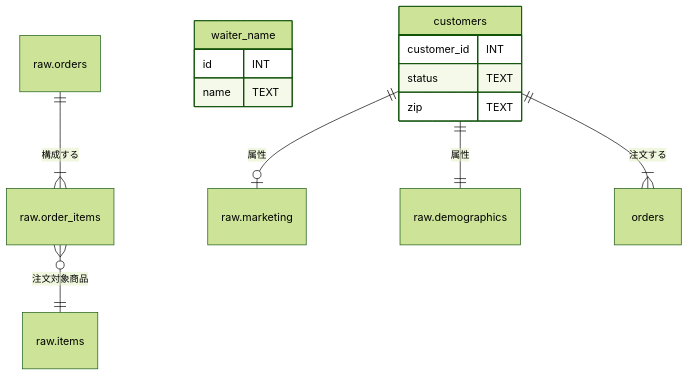
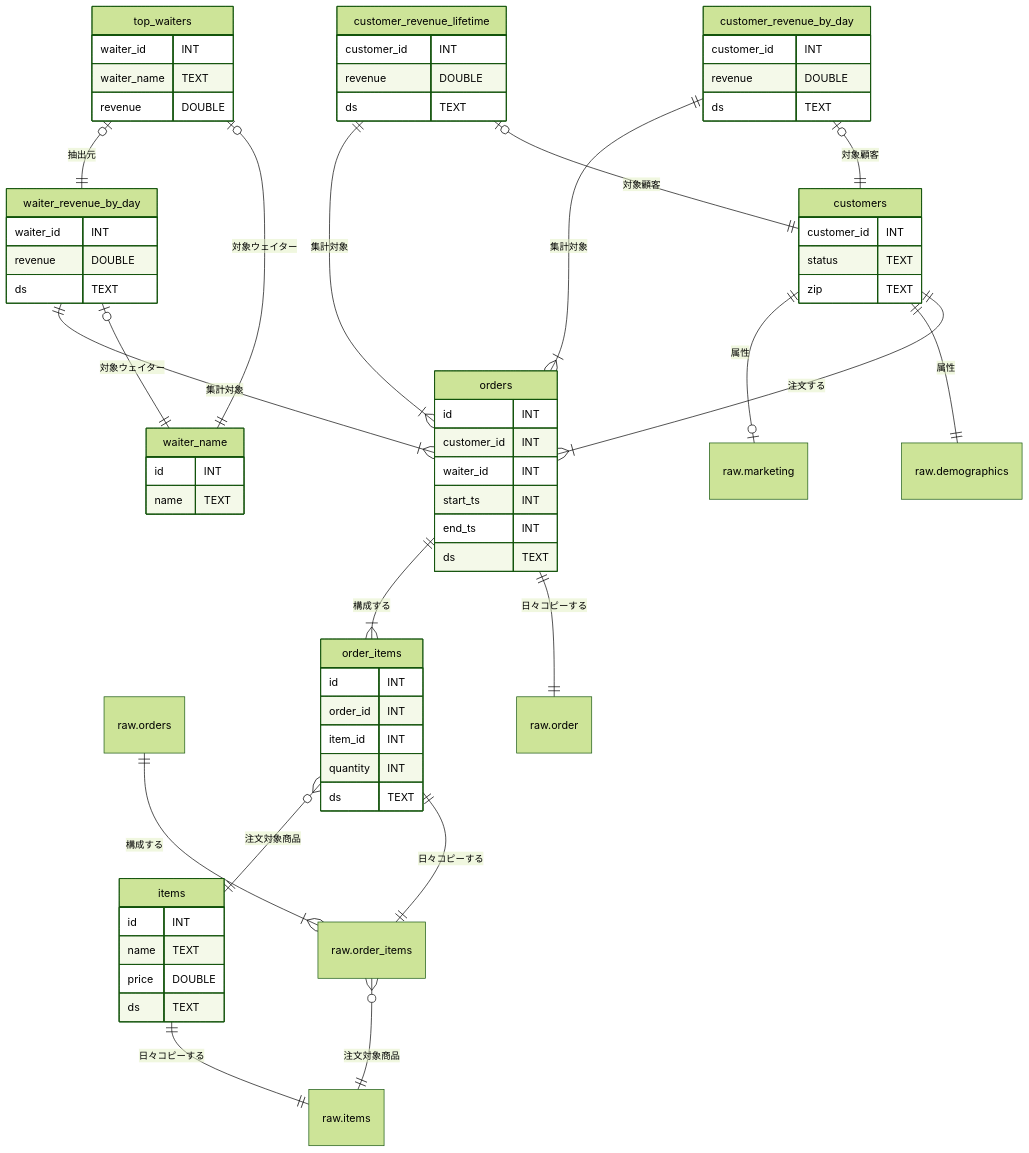
One commit to take0a/zenn-docs changed the third of 3 diagrams in articles/8752f660373534.md. Above: the diagram before and after it, drawn with Mermaid (forest theme).

Commit message:
ダブルクォート

````diff
--- a/articles/8752f660373534.md
+++ b/articles/8752f660373534.md
@@ -1546,27 +1546,81 @@
 ```mermaid
 erDiagram
-    raw.orders||--|{ raw.order_items : "構成する"
-    raw.order_items }o--|| raw.items : "注文対象商品"
-    raw.marketing {
+    "raw.orders" ||--|{ "raw.order_items" : "構成する"
+    "raw.order_items" }o--|| "raw.items" : "注文対象商品"
+    "raw.marketing" {
     }
-    raw.demographics {
+    "raw.demographics" {
     }
-    raw.orders{
+    "raw.orders"{
     }
-    raw.order_items {
+    "raw.order_items" {
     }
-    raw.items {
+    "raw.items" {
     }
     waiter_name {
         id INT
         name TEXT
     }
     customers ||--|{ orders : "注文する"
-    customers ||--|| raw.demographics : "属性"
-    customers ||--o| raw.marketing : "属性"
+    customers ||--|| "raw.demographics" : "属性"
+    customers ||--o| "raw.marketing" : "属性"
     customers {
         customer_id INT
         status TEXT
         zip TEXT
     }
+    items ||--|| "raw.items" : "日々コピーする"
+    items {
+      id INT
+      name TEXT
+      price DOUBLE
+      ds TEXT
+    }
+    orders ||--|| "raw.order" : "日々コピーする"
+    orders ||--|{ order_items : "構成する"
+    orders {
+      id INT
+      customer_id INT
+      waiter_id INT
+      start_ts INT
+      end_ts INT
+      ds TEXT
+    }
+    order_items ||--|| "raw.order_items" : "日々コピーする"
+    order_items }o--|| items : "注文対象商品"
+    order_items {
+      id INT
+      order_id INT
+      item_id INT
+      quantity INT
+      ds TEXT
+    }
+    customer_revenue_by_day |o--|| customers : "対象顧客"
+    customer_revenue_by_day ||--|{ orders: "集計対象"
+    customer_revenue_by_day {
+        customer_id INT
+        revenue DOUBLE
+        ds TEXT
+    }
+    customer_revenue_lifetime |o--|| customers : "対象顧客"
+    customer_revenue_lifetime ||--|{ orders: "集計対象"
+    customer_revenue_lifetime {
+        customer_id INT
+        revenue DOUBLE
+        ds TEXT
+    }
+    waiter_revenue_by_day |o--|| waiter_name : "対象ウェイター"
+    waiter_revenue_by_day ||--|{ orders: "集計対象"
+    waiter_revenue_by_day {
+        waiter_id INT
+        revenue DOUBLE
+        ds TEXT
+    }
+    top_waiters |o--|| waiter_name : "対象ウェイター"
+    top_waiters |o--|| waiter_revenue_by_day : "抽出元"
+    top_waiters {
+        waiter_id INT
+        waiter_name TEXT
+        revenue DOUBLE
+    }
 ```
````
